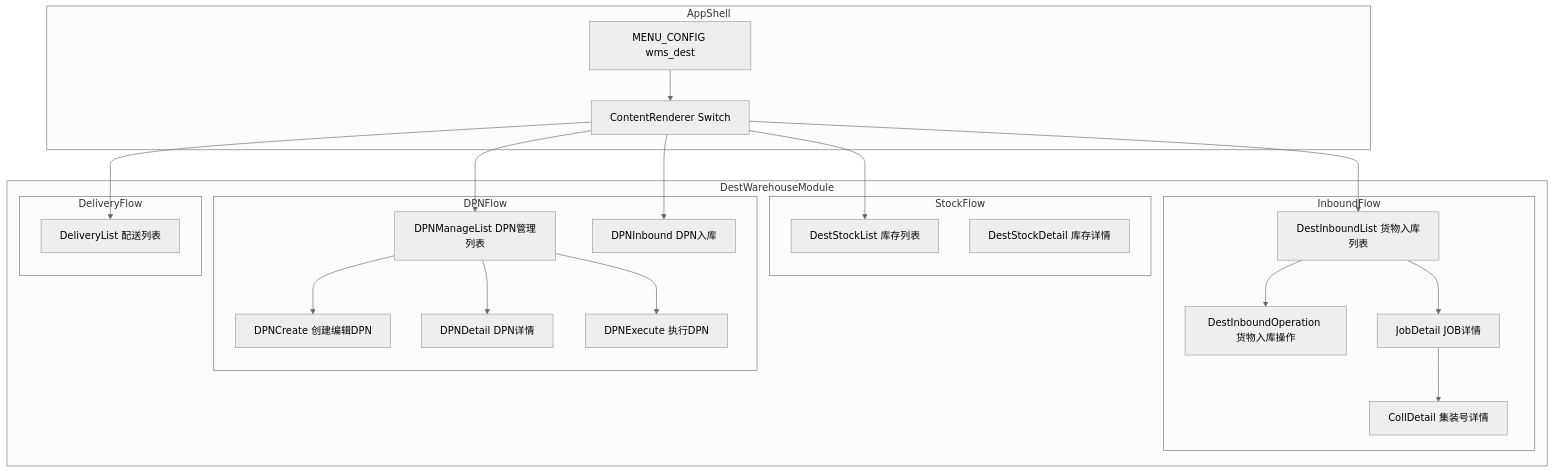
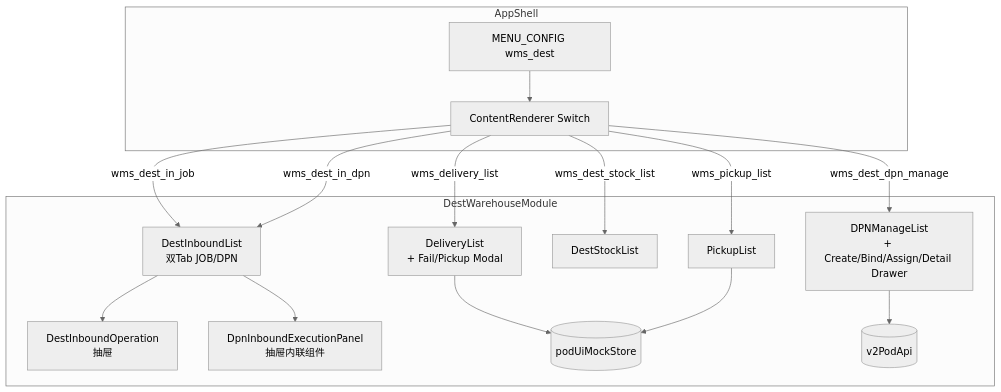
One commit to Yitiaoyu686/logistics-app changed the first of 7 diagrams in .kiro/specs/dest-warehouse-mgmt/design.md. Above: the diagram before and after it, drawn with Mermaid (neutral theme). The commit also changed other lines of this file and 14 other files, not shown here.

````diff
--- a/.kiro/specs/dest-warehouse-mgmt/design.md
+++ b/.kiro/specs/dest-warehouse-mgmt/design.md
@@ -36,47 +42,33 @@
 ```mermaid
 graph TB
     subgraph AppShell
         MenuConfig[MENU_CONFIG wms_dest]
         ContentRenderer[ContentRenderer Switch]
     end
 
     subgraph DestWarehouseModule
-        subgraph InboundFlow
-            InboundList[DestInboundList 货物入库列表]
-            InboundOp[DestInboundOperation 货物入库操作]
-            JobDetail[JobDetail JOB详情]
-            CollDetail[CollDetail 集装号详情]
-        end
-
-        subgraph StockFlow
-            StockList[DestStockList 库存列表]
-            StockDetail[DestStockDetail 库存详情]
-        end
-
-        subgraph DPNFlow
-            DPNList[DPNManageList DPN管理列表]
-            DPNCreate[DPNCreate 创建编辑DPN]
-            DPNDetail[DPNDetail DPN详情]
-            DPNExec[DPNExecute 执行DPN]
-            DPNInbound[DPNInbound DPN入库]
-        end
-
-        subgraph DeliveryFlow
-            DeliveryList[DeliveryList 配送列表]
-        end
+        InboundList[DestInboundList\n双Tab JOB/DPN]
+        InboundOp[DestInboundOperation\n抽屉]
+        DpnInboundPanel[DpnInboundExecutionPanel\n抽屉内联组件]
+        DpnList[DPNManageList\n+ Create/Bind/Assign/Detail Drawer]
+        StockList[DestStockList]
+        DeliveryList[DeliveryList\n+ Fail/Pickup Modal]
+        PickupList[PickupList]
+        PodStore[(podUiMockStore)]
+        V2PodApi[(v2PodApi)]
     end
 
     MenuConfig --> ContentRenderer
-    ContentRenderer --> InboundList
-    ContentRenderer --> StockList
-    ContentRenderer --> DPNList
-    ContentRenderer --> DeliveryList
-    ContentRenderer --> DPNInbound
+    ContentRenderer -->|wms_dest_in_job| InboundList
+    ContentRenderer -->|wms_dest_in_dpn| InboundList
+    ContentRenderer -->|wms_dest_stock_list| StockList
+    ContentRenderer -->|wms_dest_dpn_manage| DpnList
+    ContentRenderer -->|wms_delivery_list| DeliveryList
+    ContentRenderer -->|wms_pickup_list| PickupList
 
     InboundList --> InboundOp
-    InboundList --> JobDetail
-    JobDetail --> CollDetail
-    DPNList --> DPNCreate
-    DPNList --> DPNDetail
-    DPNList --> DPNExec
+    InboundList --> DpnInboundPanel
+    DpnList --> V2PodApi
+    DeliveryList --> PodStore
+    PickupList --> PodStore
 ```
````
